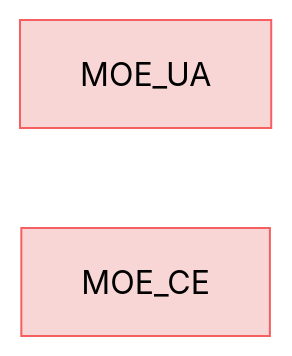
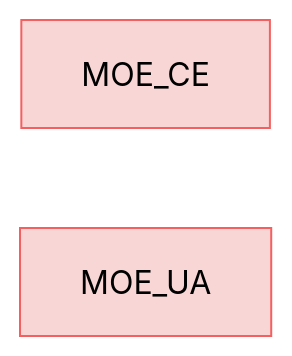
One commit to reqvire-org/reqvire changed the diagram in specifications/MOEs.md. Above: the diagram before and after it, drawn with Mermaid (neutral theme). The commit also changed other lines of this file and 14 other files, not shown here.

Commit message:
Diagram fixes

````diff
--- a/specifications/MOEs.md
+++ b/specifications/MOEs.md
@@ -4,15 +4,15 @@
 ```mermaid
 graph LR;
   %% Graph styling
   classDef requirement fill:#f9d6d6,stroke:#f55f5f,stroke-width:1px;
   classDef verification fill:#d6f9d6,stroke:#5fd75f,stroke-width:1px;
   classDef externalLink fill:#d0e0ff,stroke:#3080ff,stroke-width:1px;
   classDef default fill:#f5f5f5,stroke:#333333,stroke-width:1px;
 
+  b3f57e49f7494c0e["MOE_CE"];
+  click b3f57e49f7494c0e "MOEs.md#moe_ce";
+  class b3f57e49f7494c0e requirement;
   f6237e49f7494c0e["MOE_UA"];
   click f6237e49f7494c0e "MOEs.md#moe_ua";
   class f6237e49f7494c0e requirement;
-  b3f57e49f7494c0e["MOE_CE"];
-  click b3f57e49f7494c0e "MOEs.md#moe_ce";
-  class b3f57e49f7494c0e requirement;
 ```
````
